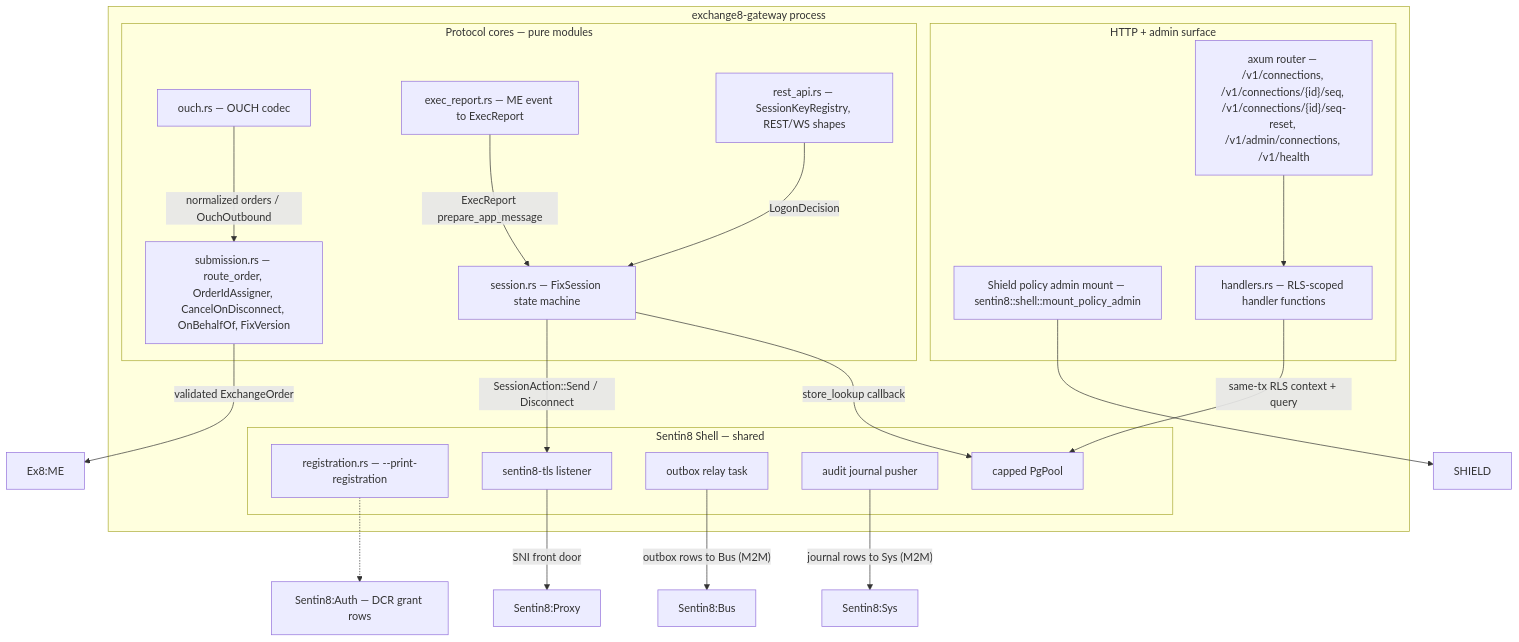
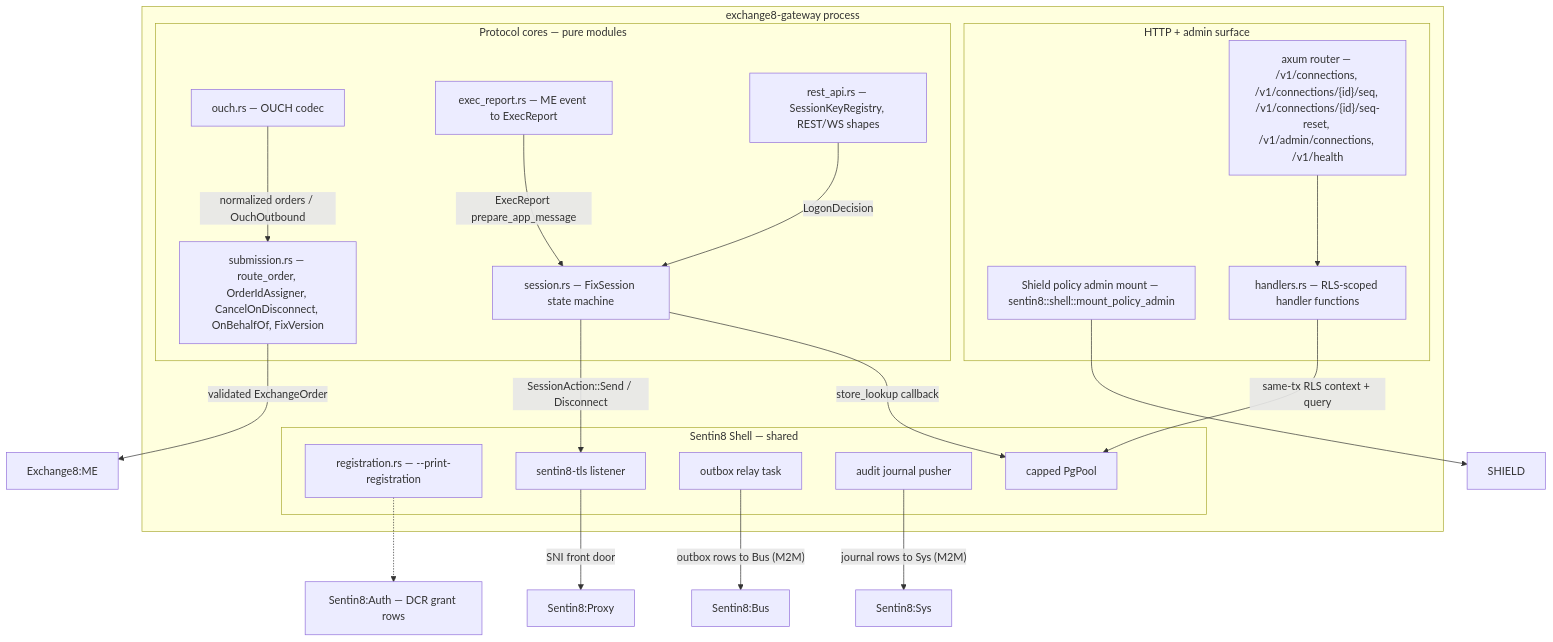
Before and after one commit to Exchange8-dev/exchange8-gateway: the second of 14 diagrams in DESIGN.md, drawn with Mermaid. The commit also changed other lines of this file and 14 other files, not shown here.

````diff
--- a/DESIGN.md
+++ b/DESIGN.md
@@ -86,40 +86,40 @@
 ```mermaid
 graph TD
     subgraph GW["exchange8-gateway process"]
         subgraph Api["HTTP + admin surface"]
             RTR["axum router — /v1/connections, /v1/connections/{id}/seq, /v1/connections/{id}/seq-reset, /v1/admin/connections, /v1/health"]
             PA["Shield policy admin mount — sentin8::shell::mount_policy_admin"]
             HDL["handlers.rs — RLS-scoped handler functions"]
         end
 
         subgraph Proto["Protocol cores — pure modules"]
             SES["session.rs — FixSession state machine"]
             SUB["submission.rs — route_order, OrderIdAssigner, CancelOnDisconnect, OnBehalfOf, FixVersion"]
             OUC["ouch.rs — OUCH codec"]
             EXR["exec_report.rs — ME event to ExecReport"]
             REST["rest_api.rs — SessionKeyRegistry, REST/WS shapes"]
         end
 
         subgraph Shell["Sentin8 Shell — shared"]
             REG["registration.rs — --print-registration"]
             POOL["capped PgPool"]
             RELAY["outbox relay task"]
             AUD["audit journal pusher"]
             TLS["sentin8-tls listener"]
         end
     end
 
     RTR --> HDL
     PA --> SHIELD
     HDL -- "same-tx RLS context + query" --> POOL
     SES -- "SessionAction::Send / Disconnect" --> TLS
     SES -- "store_lookup callback" --> POOL
-    SUB -- "validated ExchangeOrder" --> ME2["Ex8:ME"]
+    SUB -- "validated ExchangeOrder" --> ME2["Exchange8:ME"]
     EXR -- "ExecReport prepare_app_message" --> SES
     REST -- "LogonDecision" --> SES
     OUC -- "normalized orders / OuchOutbound" --> SUB
     RELAY -- "outbox rows to Bus (M2M)" --> BUSX["Sentin8:Bus"]
     AUD -- "journal rows to Sys (M2M)" --> SYSX["Sentin8:Sys"]
     REG -.-> AUTHZ["Sentin8:Auth — DCR grant rows"]
     TLS -- "SNI front door" --> EXT["Sentin8:Proxy"]
 ```
````
